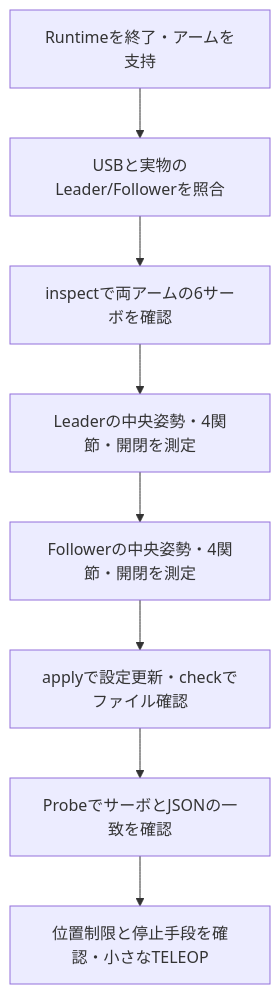
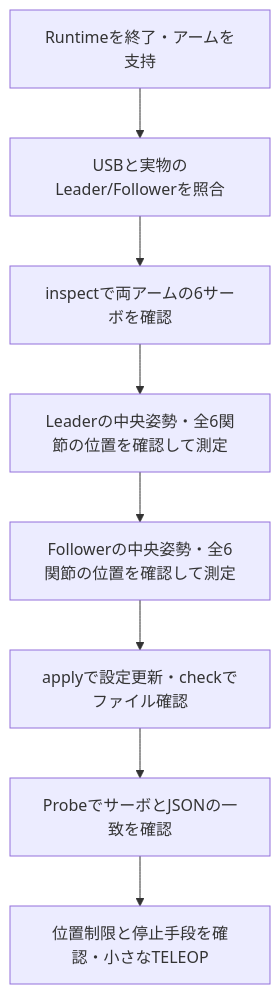
One commit to takayatbs/so101-ros2-vla changed the diagram in docs/calibration.ja.md. Above: the diagram before and after it, drawn with Mermaid. The commit also changed other lines of this file and 39 other files, not shown here.

````diff
--- a/docs/calibration.ja.md
+++ b/docs/calibration.ja.md
@@ -53,10 +53,10 @@
 ```mermaid
 flowchart TD
     A[Runtimeを終了・アームを支持] --> B[USBと実物のLeader/Followerを照合]
     B --> C[inspectで両アームの6サーボを確認]
-    C --> D[Leaderの中央姿勢・4関節・開閉を測定]
-    D --> E[Followerの中央姿勢・4関節・開閉を測定]
+    C --> D[Leaderの中央姿勢・全6関節の位置を確認して測定]
+    D --> E[Followerの中央姿勢・全6関節の位置を確認して測定]
     E --> F[applyで設定更新・checkでファイル確認]
     F --> G[ProbeでサーボとJSONの一致を確認]
     G --> H[位置制限と停止手段を確認・小さなTELEOP]
 ```
````
